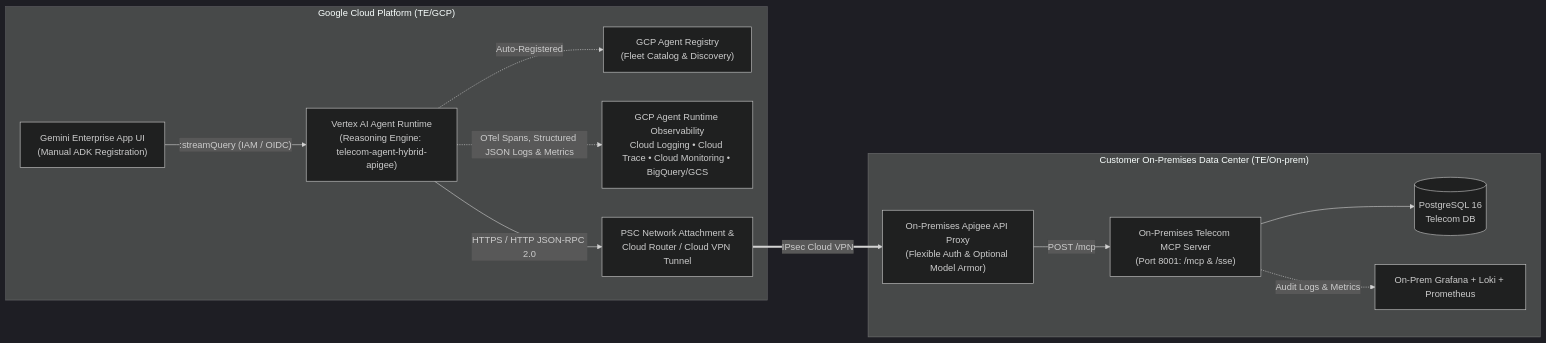
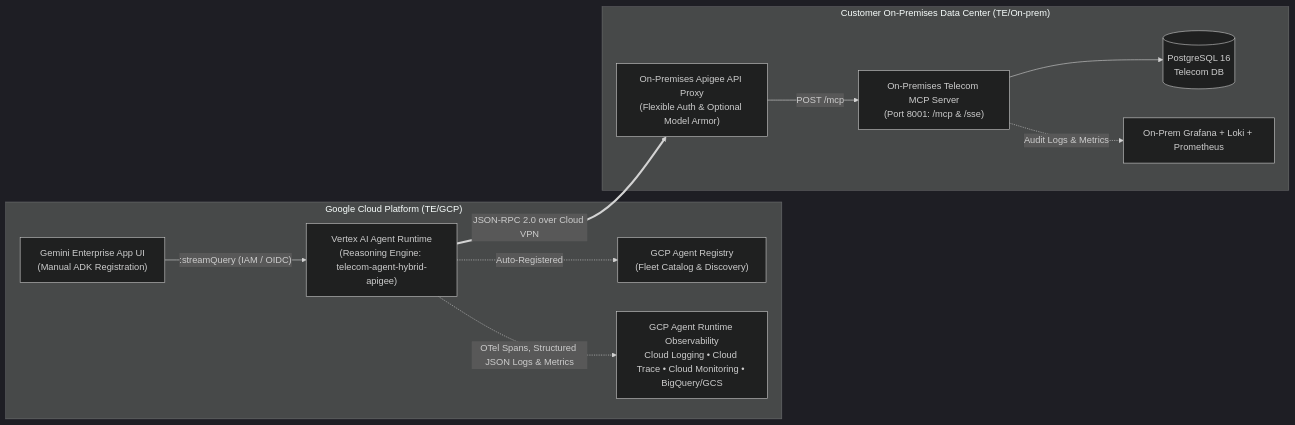
One commit to pradeesi/TE changed the diagram in GCP/README.md. Above: the diagram before and after it, drawn with Mermaid (dark theme). The commit also changed other lines of this file and 3 other files, not shown here.

Commit message:
chore(gcp): remove Cloud VPN/PSC configuration steps from agent scripts and docs

````diff
--- a/GCP/README.md
+++ b/GCP/README.md
@@ -17,26 +17,24 @@
 ```mermaid
 flowchart LR
     subgraph GCP["Google Cloud Platform (TE/GCP)"]
         GE["Gemini Enterprise App UI<br/>(Manual ADK Registration)"]
         AR["Vertex AI Agent Runtime<br/>(Reasoning Engine: telecom-agent-hybrid-apigee)"]
         REG["GCP Agent Registry<br/>(Fleet Catalog & Discovery)"]
         OBS["GCP Agent Runtime Observability<br/>Cloud Logging • Cloud Trace • Cloud Monitoring • BigQuery/GCS"]
-        PSC["PSC Network Attachment &<br/>Cloud Router / Cloud VPN Tunnel"]
     end
 
     subgraph ONPREM["Customer On-Premises Data Center (TE/On-prem)"]
         APIGEE["On-Premises Apigee API Proxy<br/>(Flexible Auth & Optional Model Armor)"]
         MCP["On-Premises Telecom MCP Server<br/>(Port 8001: /mcp & /sse)"]
         PG[("PostgreSQL 16<br/>Telecom DB")]
         LOKI["On-Prem Grafana + Loki + Prometheus"]
     end
 
     GE -->|":streamQuery (IAM / OIDC)"| AR
     AR -.->|"Auto-Registered"| REG
     AR -.->|"OTel Spans, Structured JSON Logs & Metrics"| OBS
-    AR -->|"HTTPS / HTTP JSON-RPC 2.0"| PSC
-    PSC ==>|"IPsec Cloud VPN"| APIGEE
+    AR ==>|"JSON-RPC 2.0 over Cloud VPN"| APIGEE
     APIGEE -->|"POST /mcp"| MCP
     MCP --> PG
     MCP -.->|"Audit Logs & Metrics"| LOKI
 ```
````
